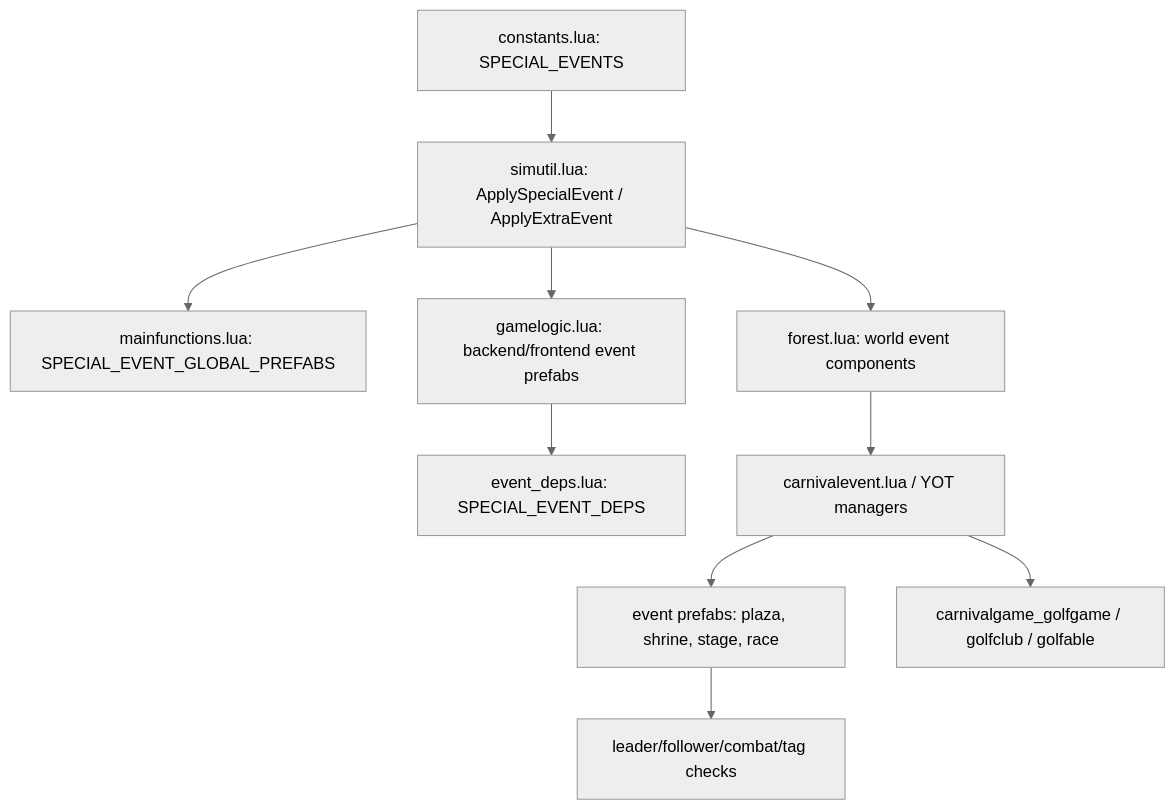
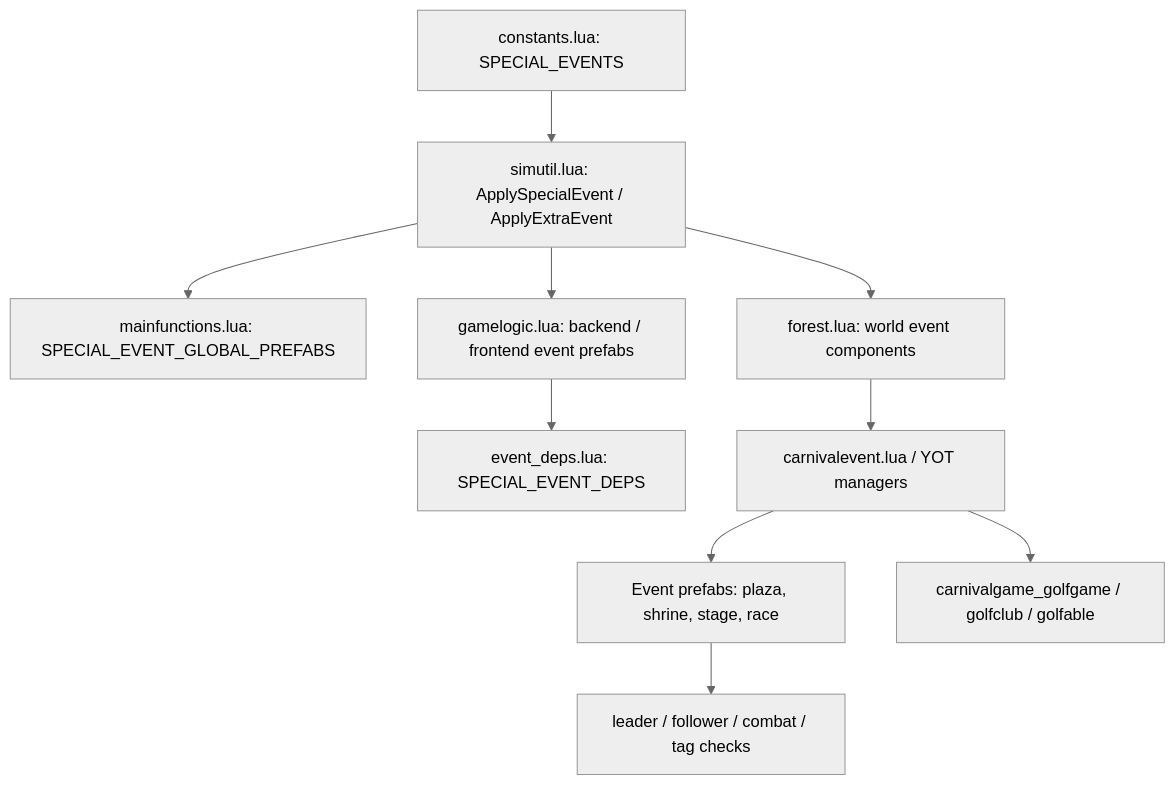
One commit to LetsStarveTogether/dst-server changed the diagram in dst-scripts/index/0x6000-gameplay-systems/0x6300-items-crafting-events/0x6303-events-factions.md. Above: the diagram before and after it, drawn with Mermaid (neutral theme). The commit also changed other lines of this file and 83 other files, not shown here.

```diff
--- a/dst-scripts/index/0x6000-gameplay-systems/0x6300-items-crafting-events/0x6303-events-factions.md
+++ b/dst-scripts/index/0x6000-gameplay-systems/0x6300-items-crafting-events/0x6303-events-factions.md
@@ -58,13 +59,13 @@
 ~~~mermaid
 flowchart TD
     A["constants.lua: SPECIAL_EVENTS"]
     A --> B["simutil.lua: ApplySpecialEvent / ApplyExtraEvent"]
     B --> C["mainfunctions.lua: SPECIAL_EVENT_GLOBAL_PREFABS"]
-    B --> D["gamelogic.lua: backend/frontend event prefabs"]
+    B --> D["gamelogic.lua: backend / frontend event prefabs"]
     D --> E["event_deps.lua: SPECIAL_EVENT_DEPS"]
     B --> F["forest.lua: world event components"]
     F --> G["carnivalevent.lua / YOT managers"]
-    G --> H["event prefabs: plaza, shrine, stage, race"]
-    H --> I["leader/follower/combat/tag checks"]
+    G --> H["Event prefabs: plaza, shrine, stage, race"]
+    H --> I["leader / follower / combat / tag checks"]
     G --> J["carnivalgame_golfgame / golfclub / golfable"]
 ~~~
```
